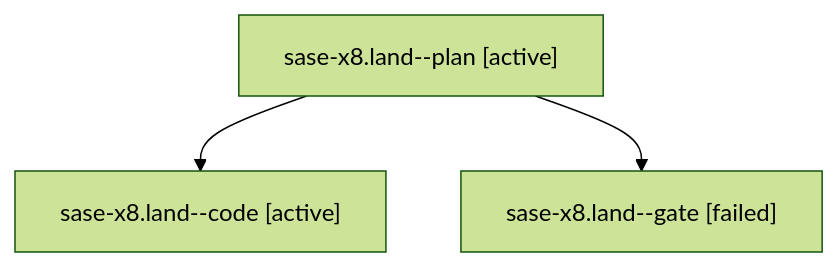
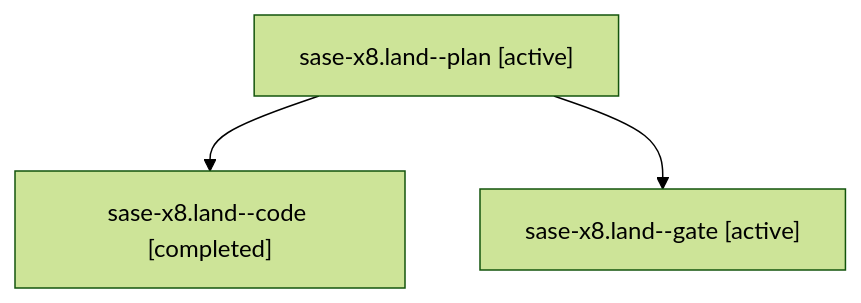
Before and after one commit to sase-org/sase--agents: the diagram in families/bbugyi200.athena.sase-x8.land.md, drawn with Mermaid (forest theme). The commit also changed other lines of this file and 35830 other files, not shown here.

````diff
--- a/families/bbugyi200.athena.sase-x8.land.md
+++ b/families/bbugyi200.athena.sase-x8.land.md
@@ -9,8 +9,8 @@
 ```mermaid
 flowchart TD
   n0["sase-x8.land--plan [active]"]
-  n1["sase-x8.land--code [active]"]
+  n1["sase-x8.land--code [completed]"]
   n0 --> n1
-  n2["sase-x8.land--gate [failed]"]
+  n2["sase-x8.land--gate [active]"]
   n0 --> n2
 ```
````
